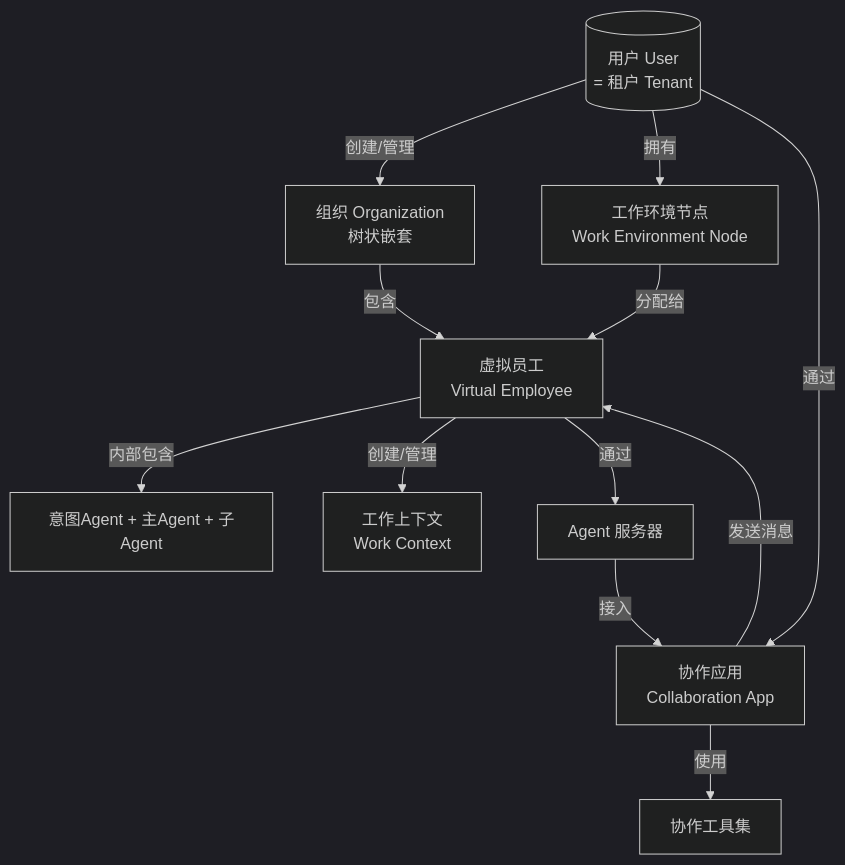
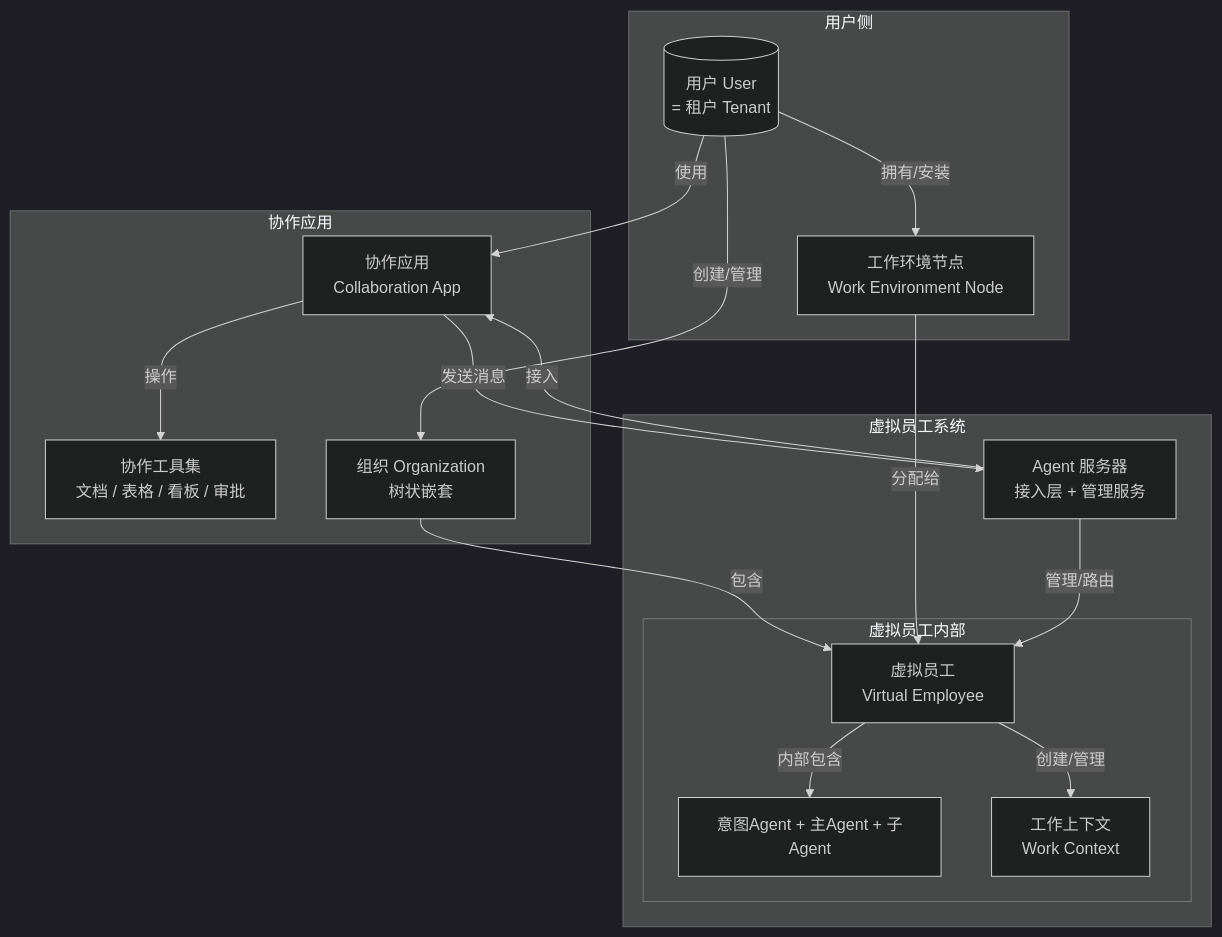
One commit to chongyi/virtual-team-architecture changed the first of 5 diagrams in virtual-team/src/02-core-concepts.md. Above: the diagram before and after it, drawn with Mermaid (dark theme).

Commit message:
docs: add subgraphs to concept overview diagram for scope clarity
Group concepts into 用户侧, 协作应用, and 虚拟员工系统 subgraphs
to make system boundaries visually explicit.

````diff
--- a/virtual-team/src/02-core-concepts.md
+++ b/virtual-team/src/02-core-concepts.md
@@ -7,19 +7,38 @@
 ```mermaid
 flowchart TD
-    user[("用户 User<br/>= 租户 Tenant")]
+    subgraph userSide["用户侧"]
+        user[("用户 User<br/>= 租户 Tenant")]
+        wen["工作环境节点<br/>Work Environment Node"]
+    end
 
-    user -->|"创建/管理"| org["组织 Organization<br/>树状嵌套"]
-    user -->|"拥有"| wen["工作环境节点<br/>Work Environment Node"]
-    user -->|"通过"| app["协作应用<br/>Collaboration App"]
+    subgraph collabApp["协作应用"]
+        app["协作应用<br/>Collaboration App"]
+        collabTools["协作工具集<br/>文档 / 表格 / 看板 / 审批"]
+        org["组织 Organization<br/>树状嵌套"]
+    end
 
-    org -->|"包含"| ve["虚拟员工<br/>Virtual Employee"]
+    subgraph veSystem["虚拟员工系统"]
+        agentSvr["Agent 服务器<br/>接入层 + 管理服务"]
+        subgraph veInternal["虚拟员工内部"]
+            ve["虚拟员工<br/>Virtual Employee"]
+            agents["意图Agent + 主Agent + 子Agent"]
+            wc["工作上下文<br/>Work Context"]
+        end
+    end
+
+    user -->|"创建/管理"| org
+    user -->|"拥有/安装"| wen
+    user -->|"使用"| app
+
+    app -->|"操作"| collabTools
+    app -->|"发送消息"| agentSvr
+
+    org -->|"包含"| ve
     wen -->|"分配给"| ve
 
-    ve -->|"内部包含"| agents["意图Agent + 主Agent + 子Agent"]
-    ve -->|"创建/管理"| wc["工作上下文<br/>Work Context"]
+    ve -->|"内部包含"| agents
+    ve -->|"创建/管理"| wc
 
-    app -->|"发送消息"| ve
-    app -->|"使用"| collabTools["协作工具集"]
-
-    ve -->|"通过"| agentSvr["Agent 服务器"] -->|"接入"| app
+    agentSvr -->|"管理/路由"| ve
+    agentSvr -->|"接入"| app
 ```
````
